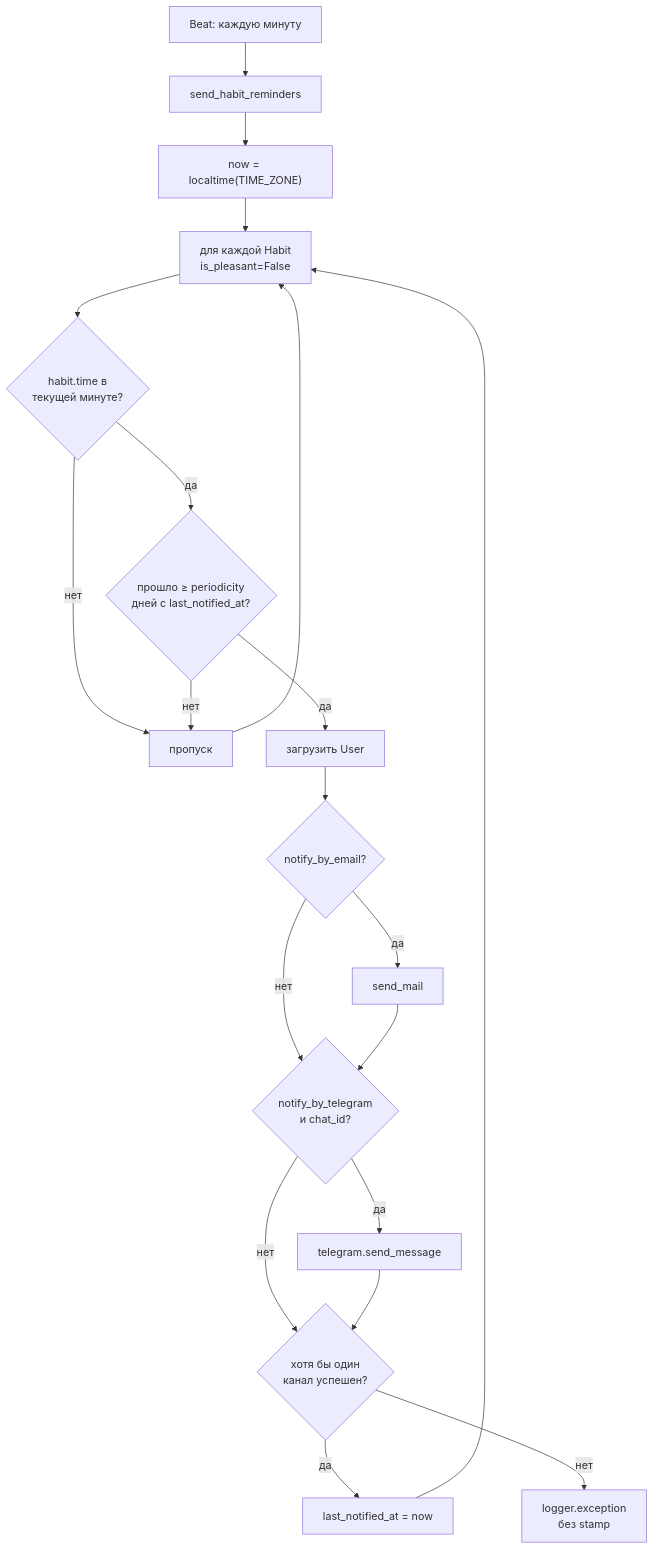
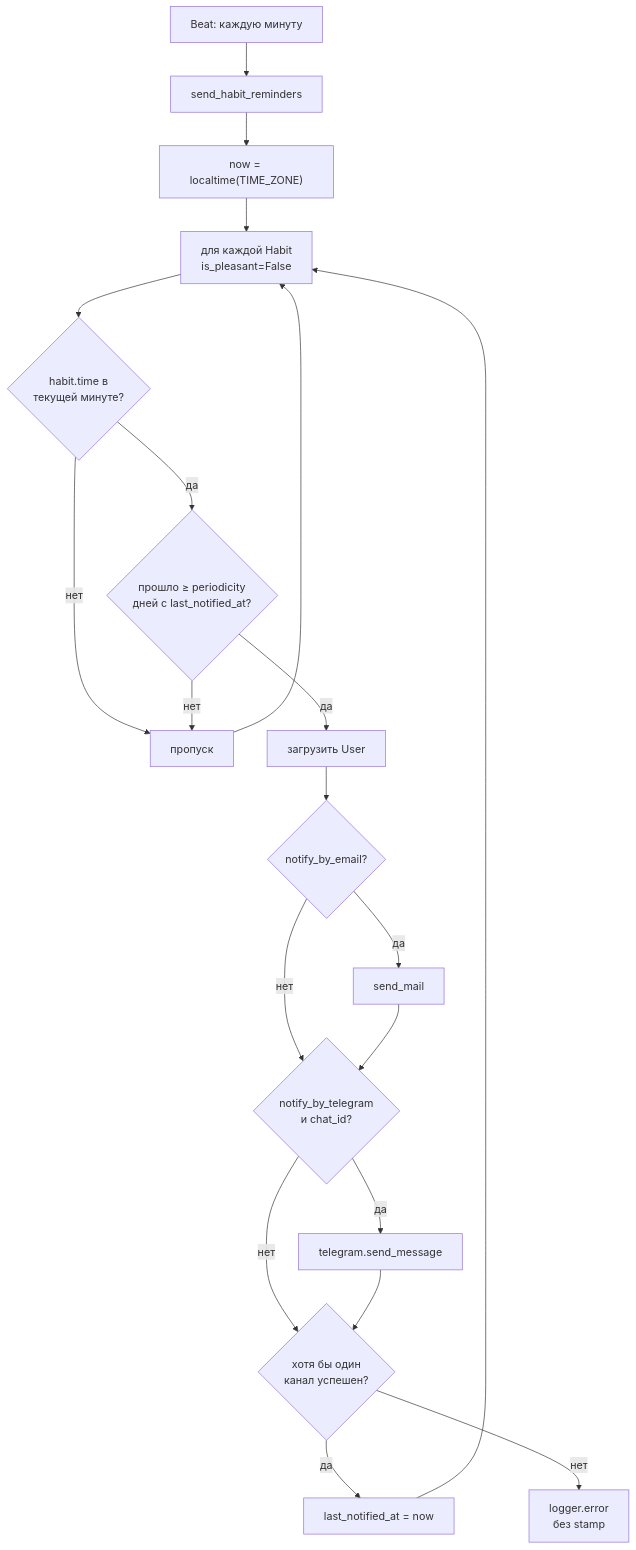
One commit to webmiko/Atomic-Habit-Tracker changed the fifth of 6 diagrams in README.md. Above: the diagram before and after it, drawn with Mermaid. The commit also changed other lines of this file and 12 other files, not shown here.

````diff
--- a/README.md
+++ b/README.md
@@ -141,27 +141,27 @@
 ```mermaid
 flowchart TB
   TICK["Beat: каждую минуту"]
   TICK --> TASK["send_habit_reminders"]
   TASK --> NOW["now = localtime(TIME_ZONE)"]
   NOW --> LOOP["для каждой Habit<br/>is_pleasant=False"]
 
   LOOP --> T1{"habit.time в<br/>текущей минуте?"}
   T1 -->|нет| SKIP["пропуск"]
   T1 -->|да| T2{"прошло ≥ periodicity<br/>дней с last_notified_at?"}
   T2 -->|нет| SKIP
   T2 -->|да| USER["загрузить User"]
 
   USER --> CH1{"notify_by_email?"}
   CH1 -->|да| MAIL["send_mail"]
   CH1 -->|нет| CH2
   MAIL --> CH2{"notify_by_telegram<br/>и chat_id?"}
   CH2 -->|да| TG["telegram.send_message"]
   CH2 -->|нет| UPD
   TG --> UPD
 
   UPD{"хотя бы один<br/>канал успешен?"}
   UPD -->|да| STAMP["last_notified_at = now"]
-  UPD -->|нет| LOG["logger.exception<br/>без stamp"]
+  UPD -->|нет| LOG["logger.error<br/>без stamp"]
   STAMP --> LOOP
   SKIP --> LOOP
 ```
````
